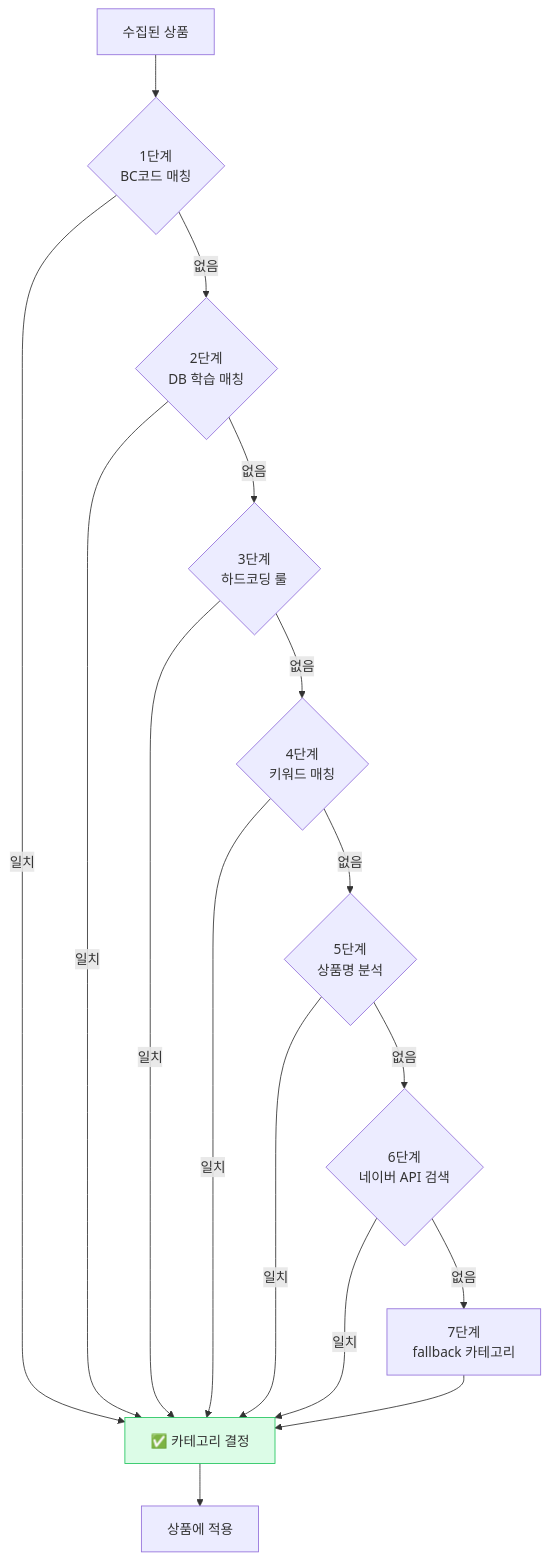
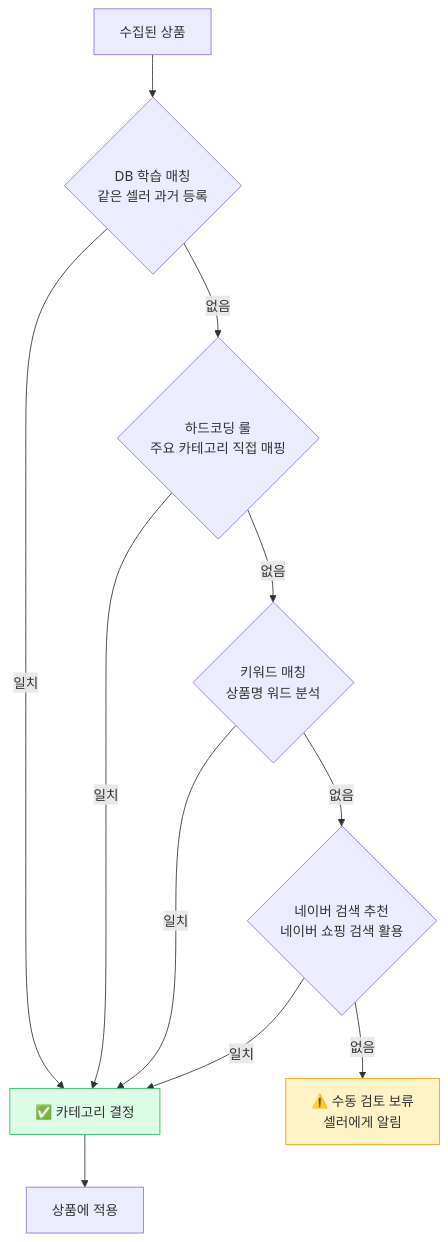
One commit to cksdud5785-design/lonit-manual changed the fifth of 8 diagrams in docs/04-market-strategy/smartstore.md. Above: the diagram before and after it, drawn with Mermaid. The commit also changed other lines of this file and 13 other files, not shown here.

````diff
--- a/docs/04-market-strategy/smartstore.md
+++ b/docs/04-market-strategy/smartstore.md
@@ -152,21 +155,17 @@
 ```mermaid
 flowchart TB
-    Start[수집된 상품] --> S1{1단계<br>BC코드 매칭}
+    Start[수집된 상품] --> S1{DB 학습 매칭<br>같은 셀러 과거 등록}
     S1 -->|일치| Found[✅ 카테고리 결정]
-    S1 -->|없음| S2{2단계<br>DB 학습 매칭}
+    S1 -->|없음| S2{하드코딩 룰<br>주요 카테고리 직접 매핑}
     S2 -->|일치| Found
-    S2 -->|없음| S3{3단계<br>하드코딩 룰}
+    S2 -->|없음| S3{키워드 매칭<br>상품명 워드 분석}
     S3 -->|일치| Found
-    S3 -->|없음| S4{4단계<br>키워드 매칭}
+    S3 -->|없음| S4{네이버 검색 추천<br>네이버 쇼핑 검색 활용}
     S4 -->|일치| Found
-    S4 -->|없음| S5{5단계<br>상품명 분석}
-    S5 -->|일치| Found
-    S5 -->|없음| S6{6단계<br>네이버 API 검색}
-    S6 -->|일치| Found
-    S6 -->|없음| S7[7단계<br>fallback 카테고리]
-    S7 --> Found
+    S4 -->|없음| Manual[⚠️ 수동 검토 보류<br>셀러에게 알림]
     
     Found --> Apply[상품에 적용]
     
     style Found fill:#dcfce7,stroke:#22c55e
+    style Manual fill:#fef3c7,stroke:#f59e0b
 ```
````
